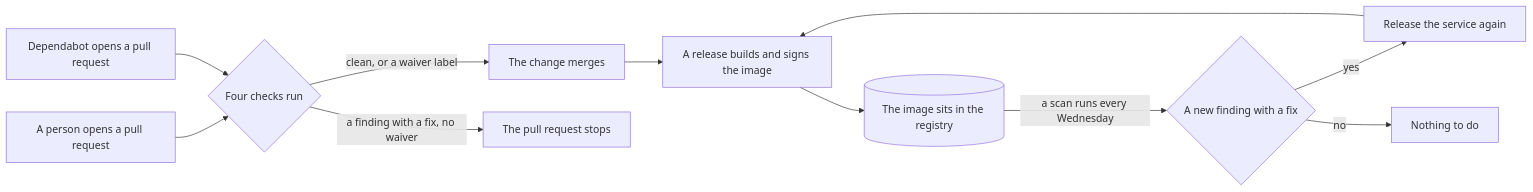
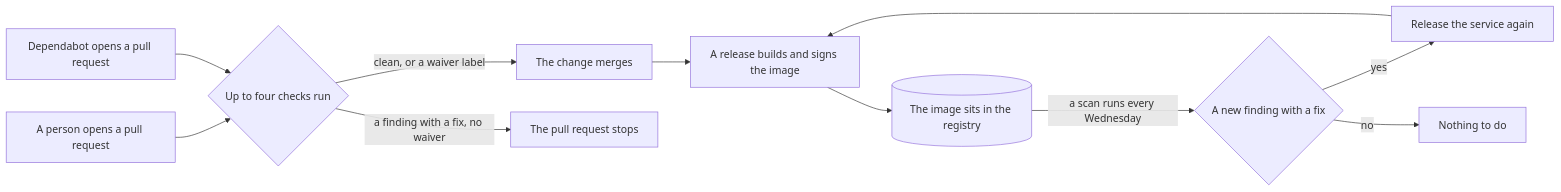
The first of 6 diagrams in SECURITY-PROCESS.md (Unique-AG/connectors), drawn with Mermaid before and after one commit. The commit also changed other lines of this file, not shown here.

````diff
--- a/SECURITY-PROCESS.md
+++ b/SECURITY-PROCESS.md
@@ -11,13 +11,13 @@
 ```mermaid
 flowchart LR
   author[A person opens a pull request] --> checks
   dependabot[Dependabot opens a pull request] --> checks
-  checks{Four checks run} -->|clean, or a waiver label| merge[The change merges]
+  checks{Up to four checks run} -->|clean, or a waiver label| merge[The change merges]
   checks -->|a finding with a fix, no waiver| stop[The pull request stops]
   merge --> release[A release builds and signs the image]
   release --> registry[(The image sits in the registry)]
   registry -->|a scan runs every Wednesday| found{A new finding with a fix}
   found -->|yes| again[Release the service again]
   found -->|no| quiet[Nothing to do]
   again --> release
 ```
````
